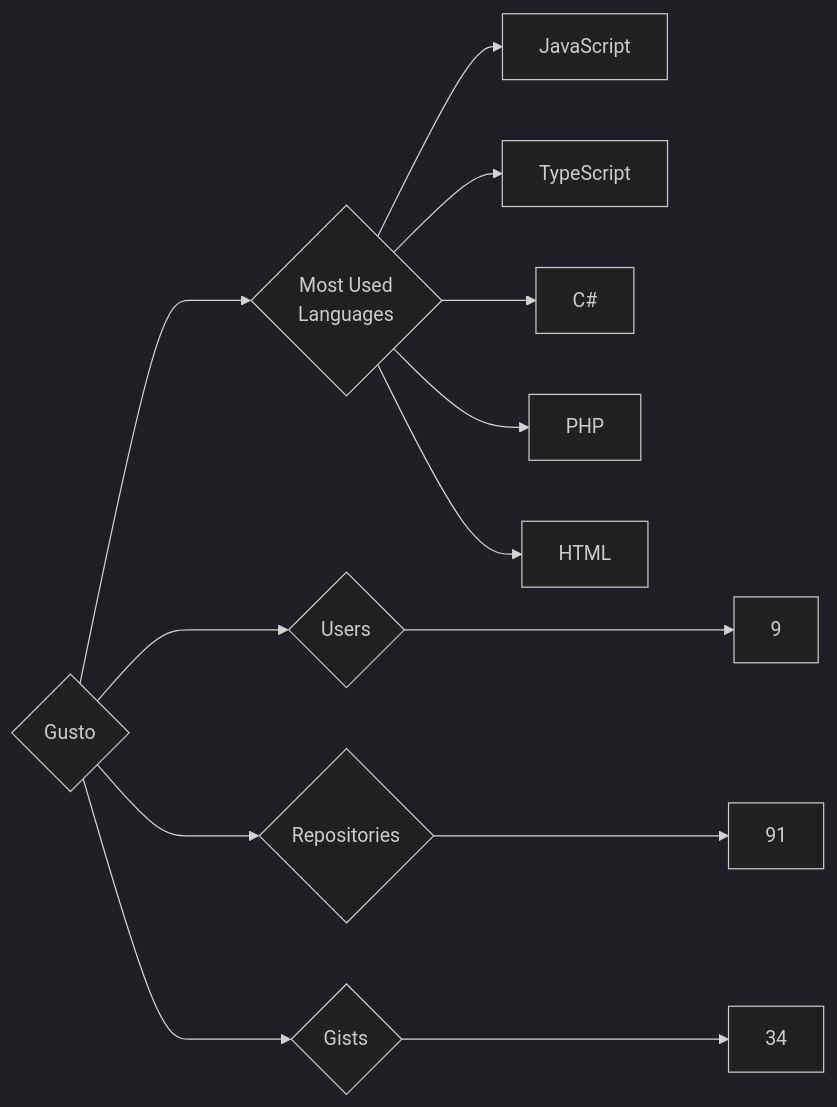
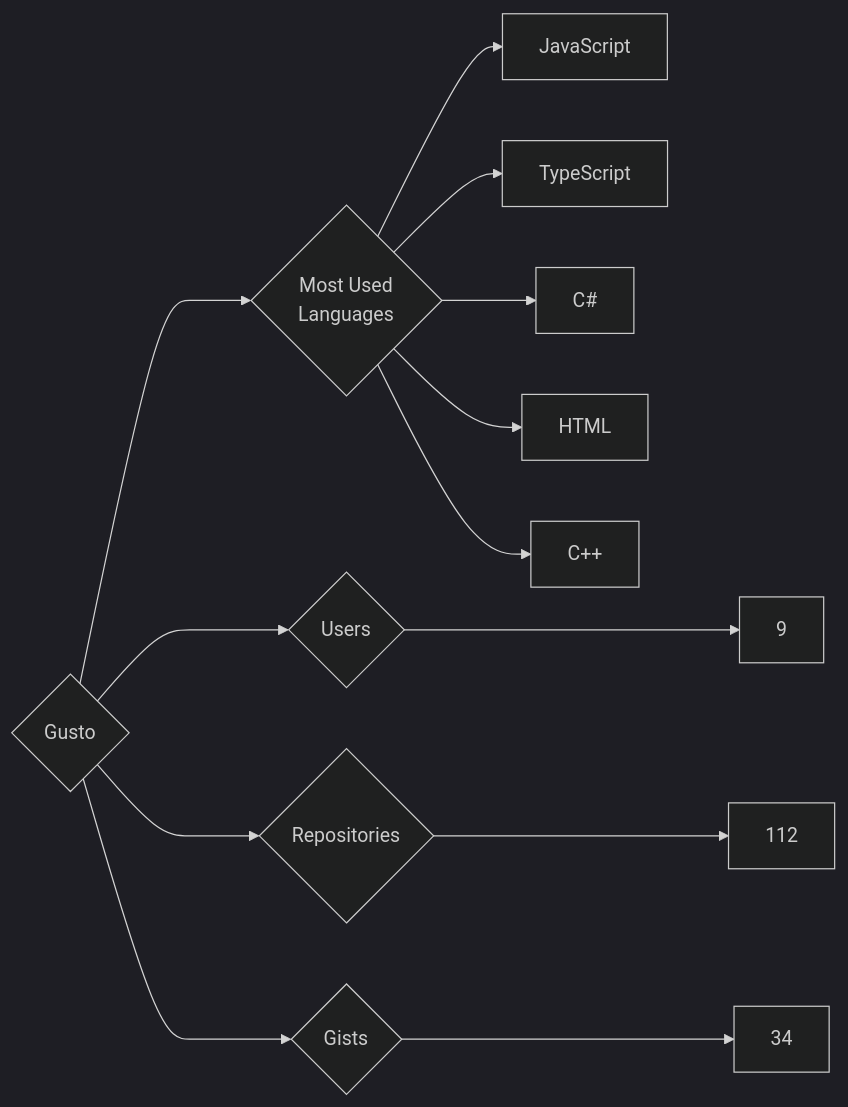
Before and after one commit to trickest/insiders: the diagram in targets/Gusto/README.md, drawn with Mermaid (dark theme). The commit also changed 935 other files, not shown here.

````diff
--- a/targets/Gusto/README.md
+++ b/targets/Gusto/README.md
@@ -3,13 +3,13 @@
 ```mermaid
 graph LR
 COMPANY_NAME{Gusto}
 COMPANY_NAME ---> U{Users} ---> UN[9]
-COMPANY_NAME ---> R{Repositories} ---> RN[91]
+COMPANY_NAME ---> R{Repositories} ---> RN[112]
 COMPANY_NAME ---> G{Gists} ---> GN[34]
 COMPANY_NAME ---> ML{Most Used<br>Languages}
 ML --> JavaScript[JavaScript]
 ML --> TypeScript[TypeScript]
 ML --> C#[C#]
-ML --> PHP[PHP]
 ML --> HTML[HTML]
+ML --> C++[C++]
 ```
````
